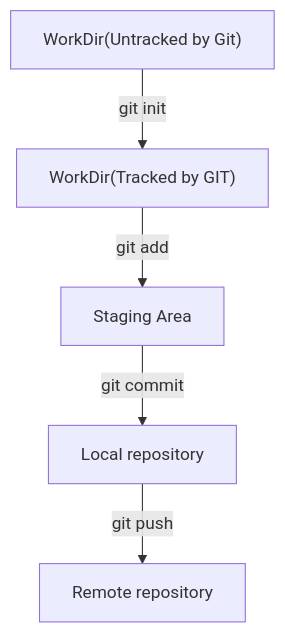
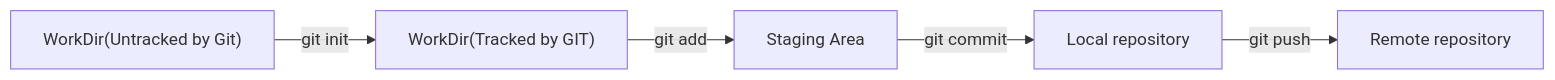
One commit to ta4ukoma/YandexGitPractice changed the diagram in README.md. Above: the diagram before and after it, drawn with Mermaid.

Commit message:
change direction for graph from TD to LR

````diff
--- a/README.md
+++ b/README.md
@@ -20,8 +20,8 @@
 ```mermaid
-graph TD;
+graph LR;
     A["WorkDir(Untracked by Git)"] -- git init --> B["WorkDir(Tracked by GIT)"];
     B["WorkDir(Tracked by GIT)"] -- git add --> C[Staging Area];
     C[Staging Area] -- git commit --> D[Local repository];
     D[Local repository] -- git push --> E[Remote repository];
 
 ```
````
